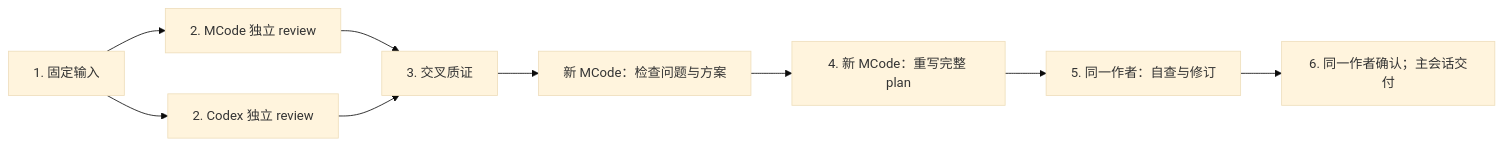
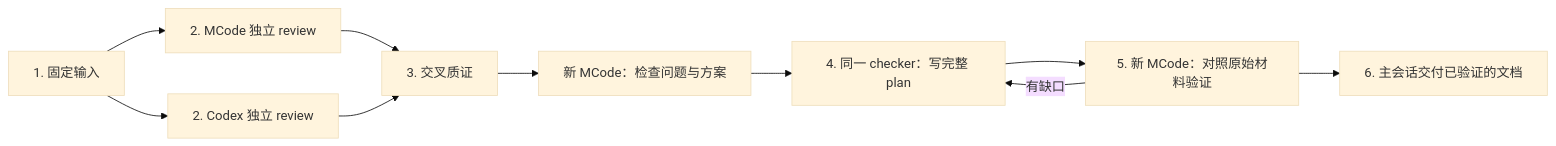
Before and after one commit to coder-xieshijie/agent-lord: the diagram in README.zh-CN.md, drawn with Mermaid (base theme). The commit also changed other lines of this file and 41 other files, not shown here.

````diff
--- a/README.zh-CN.md
+++ b/README.zh-CN.md
@@ -62,11 +62,12 @@
 ```mermaid
 flowchart LR
   I["1. 固定输入"] --> A["2. MCode 独立 review"]
   I --> B["2. Codex 独立 review"]
   A --> X["3. 交叉质证"]
   B --> X
   X --> C["新 MCode：检查问题与方案"]
-  C --> D["4. 新 MCode：重写完整 plan"]
-  D --> S["5. 同一作者：自查与修订"]
-  S --> F["6. 同一作者确认；主会话交付"]
+  C --> D["4. 同一 checker：写完整 plan"]
+  D --> V["5. 新 MCode：对照原始材料验证"]
+  V -- 有缺口 --> D
+  V --> F["6. 主会话交付已验证的文档"]
 ```
````
